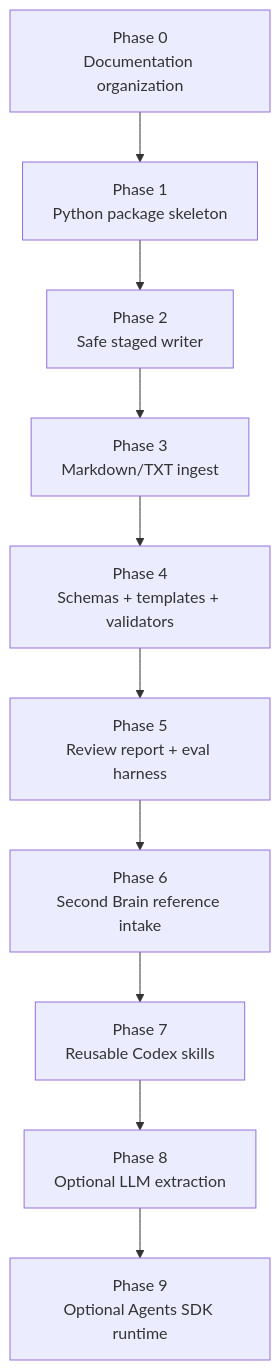
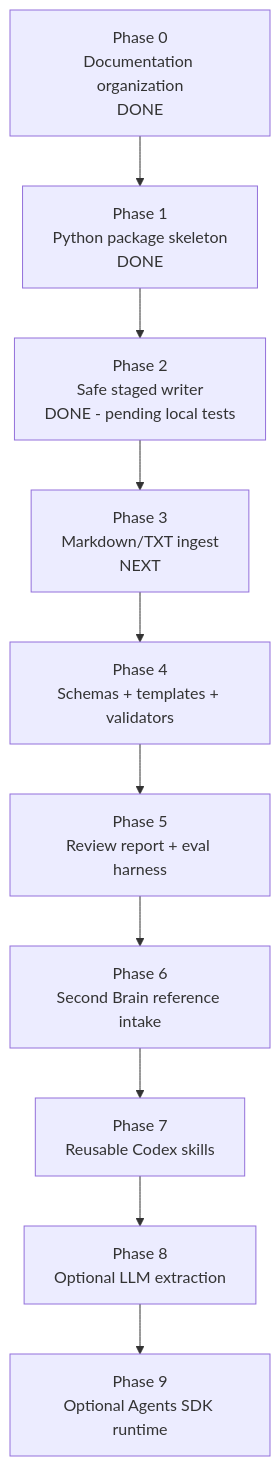
The diagram in docs/10_implementation_plan.md (Denys/obsidian-librarian-to-add), drawn with Mermaid before and after one commit. The commit also changed other lines of this file, not shown here.

Commit message:
docs: update implementation status through phase 2

````diff
--- a/docs/10_implementation_plan.md
+++ b/docs/10_implementation_plan.md
@@ -5,15 +5,15 @@
 ```mermaid
 flowchart TD
-    P0[Phase 0<br/>Documentation organization]
-    P1[Phase 1<br/>Python package skeleton]
-    P2[Phase 2<br/>Safe staged writer]
-    P3[Phase 3<br/>Markdown/TXT ingest]
+    P0[Phase 0<br/>Documentation organization<br/>DONE]
+    P1[Phase 1<br/>Python package skeleton<br/>DONE]
+    P2[Phase 2<br/>Safe staged writer<br/>DONE - pending local tests]
+    P3[Phase 3<br/>Markdown/TXT ingest<br/>NEXT]
     P4[Phase 4<br/>Schemas + templates + validators]
     P5[Phase 5<br/>Review report + eval harness]
     P6[Phase 6<br/>Second Brain reference intake]
     P7[Phase 7<br/>Reusable Codex skills]
     P8[Phase 8<br/>Optional LLM extraction]
     P9[Phase 9<br/>Optional Agents SDK runtime]
 
     P0 --> P1 --> P2 --> P3 --> P4 --> P5 --> P6 --> P7 --> P8 --> P9
 ```
````
